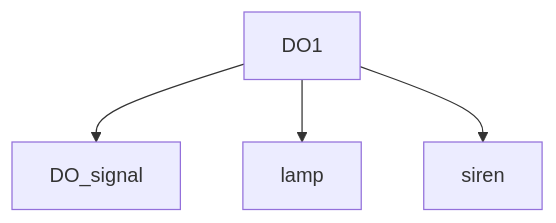
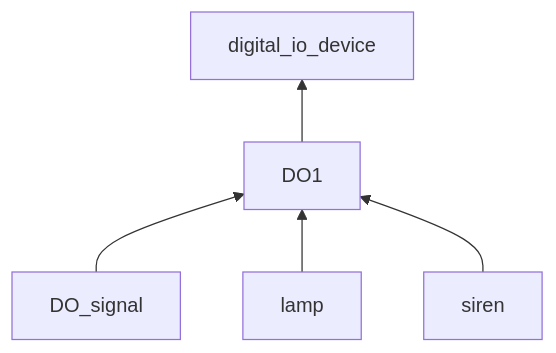
The second of 11 diagrams in docs/class_scheme/readme.md (savushkin-r-d/ptusa_main), drawn with Mermaid before and after one commit. The commit also changed other lines of this file, not shown here.

Commit message:
[doc] Update `Mermaid` class diagrams (#1162)

````diff
--- a/docs/class_scheme/readme.md
+++ b/docs/class_scheme/readme.md
@@ -24,6 +31,7 @@
 ```mermaid
-flowchart TB
-    DO1-->DO_signal
-    DO1-->lamp
-    DO1-->siren
+flowchart BT
+    DO1 --> digital_io_device
+    DO_signal --> DO1
+    lamp --> DO1
+    siren --> DO1
 ```
````
